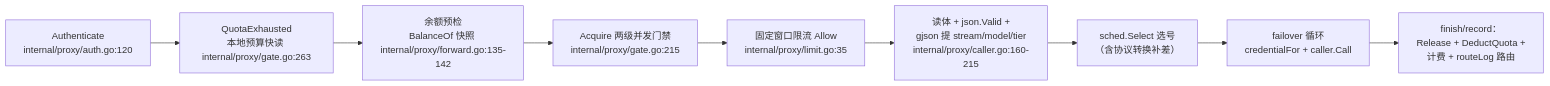
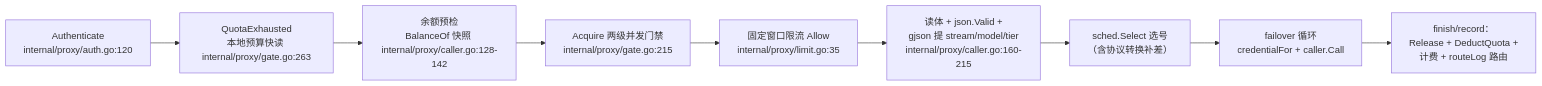
One commit to baimao5299-ship-it/c4 changed the second of 3 diagrams in docs/architecture-topology.md. Above: the diagram before and after it, drawn with Mermaid. The commit also changed other lines of this file, not shown here.

Commit message:
fix(docs): 评审修正——余额预检锚点改 caller.go、cluster.instances 锚点改 settings.go:25-27、17 表表述消歧

````diff
--- a/docs/architecture-topology.md
+++ b/docs/architecture-topology.md
@@ -106,11 +106,11 @@
 ```mermaid
 flowchart LR
     A["Authenticate<br/>internal/proxy/auth.go:120"] --> B["QuotaExhausted<br/>本地预算快读 internal/proxy/gate.go:263"]
-    B --> C["余额预检<br/>BalanceOf 快照 internal/proxy/forward.go:135-142"]
+    B --> C["余额预检<br/>BalanceOf 快照 internal/proxy/caller.go:128-142"]
     C --> D["Acquire 两级并发门禁<br/>internal/proxy/gate.go:215"]
     D --> E["固定窗口限流 Allow<br/>internal/proxy/limit.go:35"]
     E --> F["读体 + json.Valid +<br/>gjson 提 stream/model/tier<br/>internal/proxy/caller.go:160-215"]
     F --> G["sched.Select 选号<br/>（含协议转换补差）"]
     G --> H["failover 循环<br/>credentialFor + caller.Call"]
     H --> I["finish/record：<br/>Release + DeductQuota +<br/>计费 + routeLog 路由"]
 ```
````
